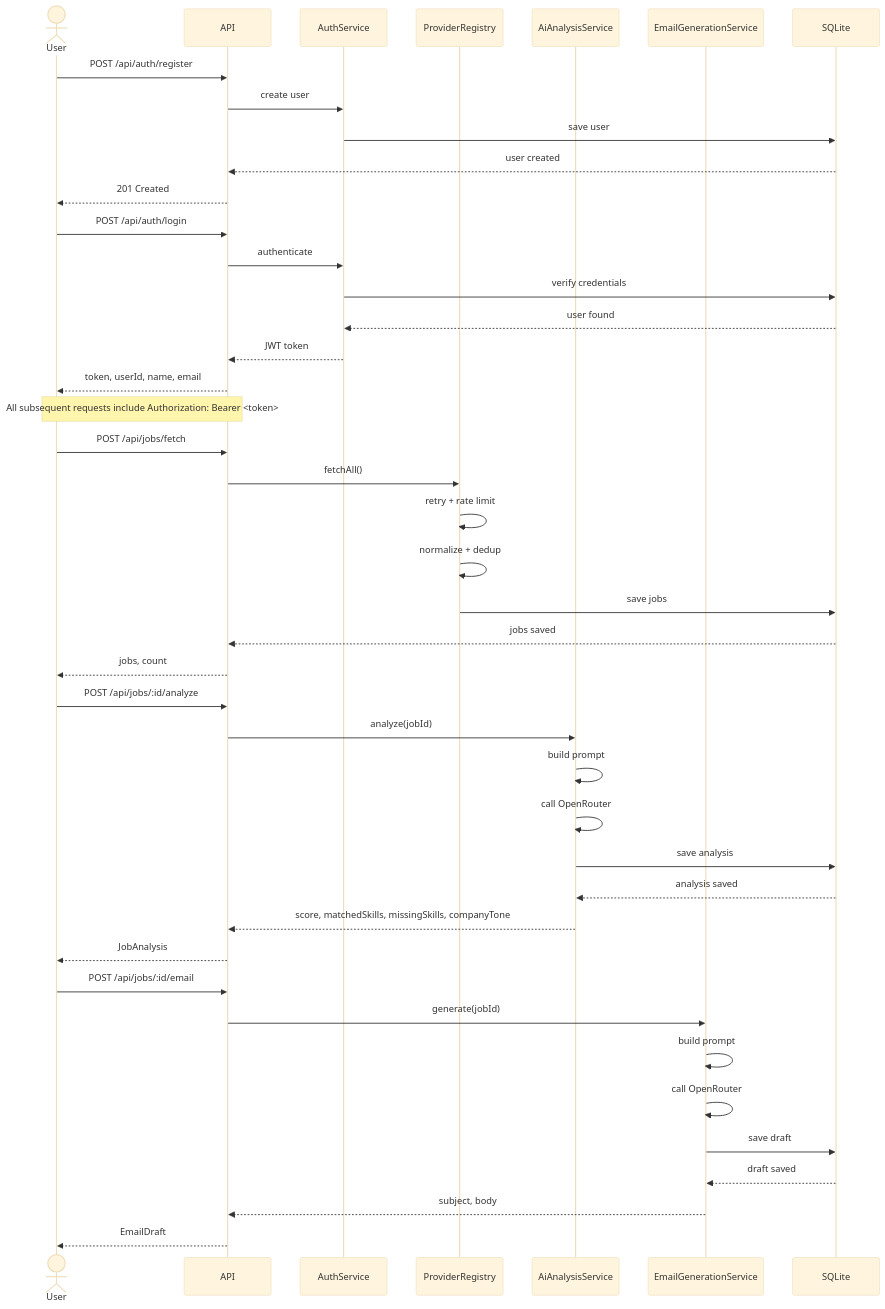
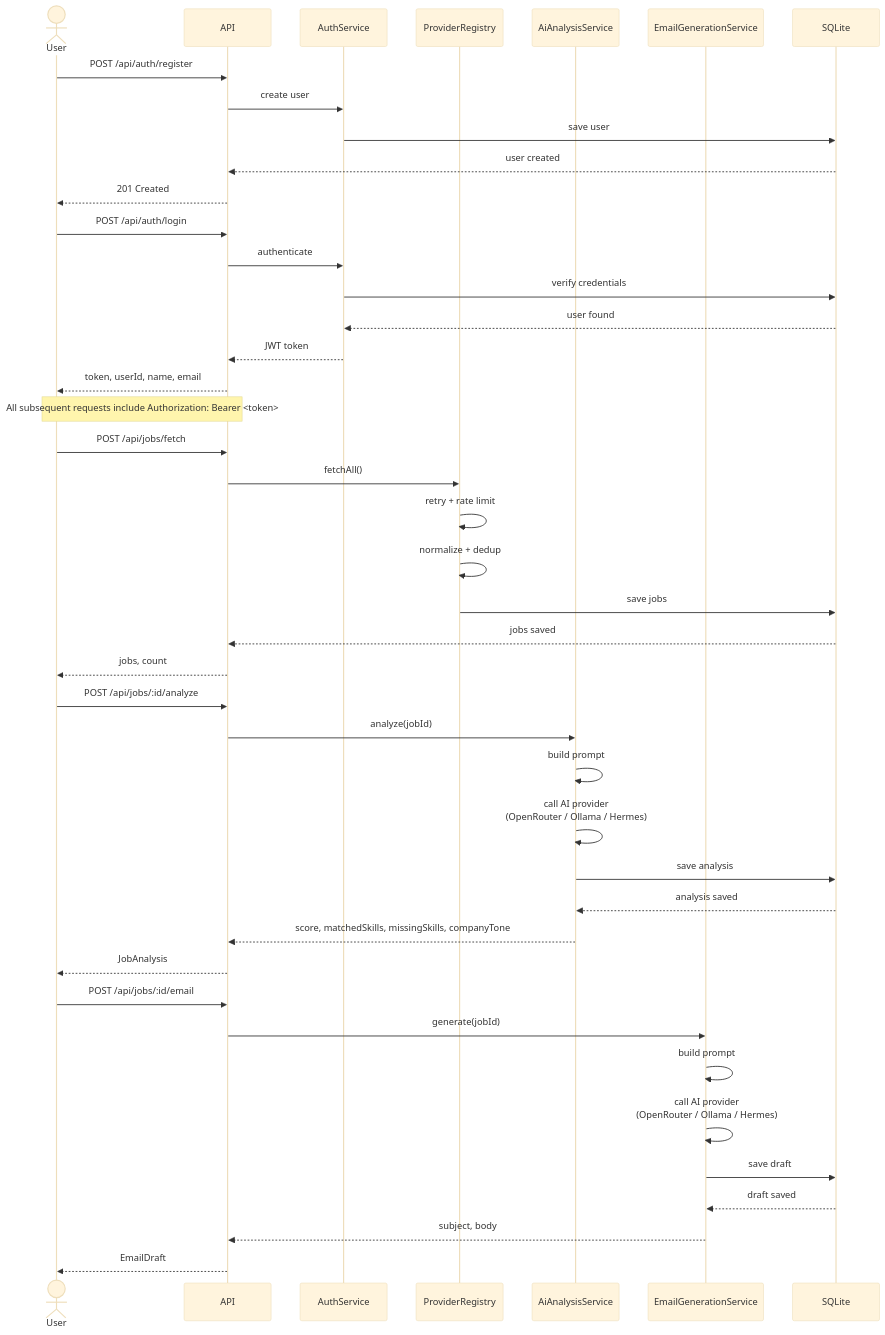
The second of 5 diagrams in README.md (Uzzoper/job-hunter), drawn with Mermaid (base theme) before and after one commit. The commit also changed other lines of this file and 1 other file, not shown here.

Commit message:
docs(readme): add hermes gateway to diagrams, tech stack and prerequisites

````diff
--- a/README.md
+++ b/README.md
@@ -109,51 +113,51 @@
 ```mermaid
 sequenceDiagram
     actor User
     participant API
     participant Auth as AuthService
     participant Scraper as ProviderRegistry
     participant AI as AiAnalysisService
     participant Email as EmailGenerationService
     participant DB as SQLite
 
     User ->> API: POST /api/auth/register
     API ->> Auth: create user
     Auth ->> DB: save user
     DB -->> API: user created
     API -->> User: 201 Created
 
     User ->> API: POST /api/auth/login
     API ->> Auth: authenticate
     Auth ->> DB: verify credentials
     DB -->> Auth: user found
     Auth -->> API: JWT token
     API -->> User: token, userId, name, email
 
     Note over User,API: All subsequent requests include Authorization: Bearer <token>
 
     User ->> API: POST /api/jobs/fetch
     API ->> Scraper: fetchAll()
     Scraper ->> Scraper: retry + rate limit
     Scraper ->> Scraper: normalize + dedup
     Scraper ->> DB: save jobs
     DB -->> API: jobs saved
     API -->> User: jobs, count
 
     User ->> API: POST /api/jobs/:id/analyze
     API ->> AI: analyze(jobId)
     AI ->> AI: build prompt
-    AI ->> AI: call OpenRouter
+    AI ->> AI: call AI provider<br/>(OpenRouter / Ollama / Hermes)
     AI ->> DB: save analysis
     DB -->> AI: analysis saved
     AI -->> API: score, matchedSkills, missingSkills, companyTone
     API -->> User: JobAnalysis
 
     User ->> API: POST /api/jobs/:id/email
     API ->> Email: generate(jobId)
     Email ->> Email: build prompt
-    Email ->> Email: call OpenRouter
+    Email ->> Email: call AI provider<br/>(OpenRouter / Ollama / Hermes)
     Email ->> DB: save draft
     DB -->> Email: draft saved
     Email -->> API: subject, body
     API -->> User: EmailDraft
 ```
````
